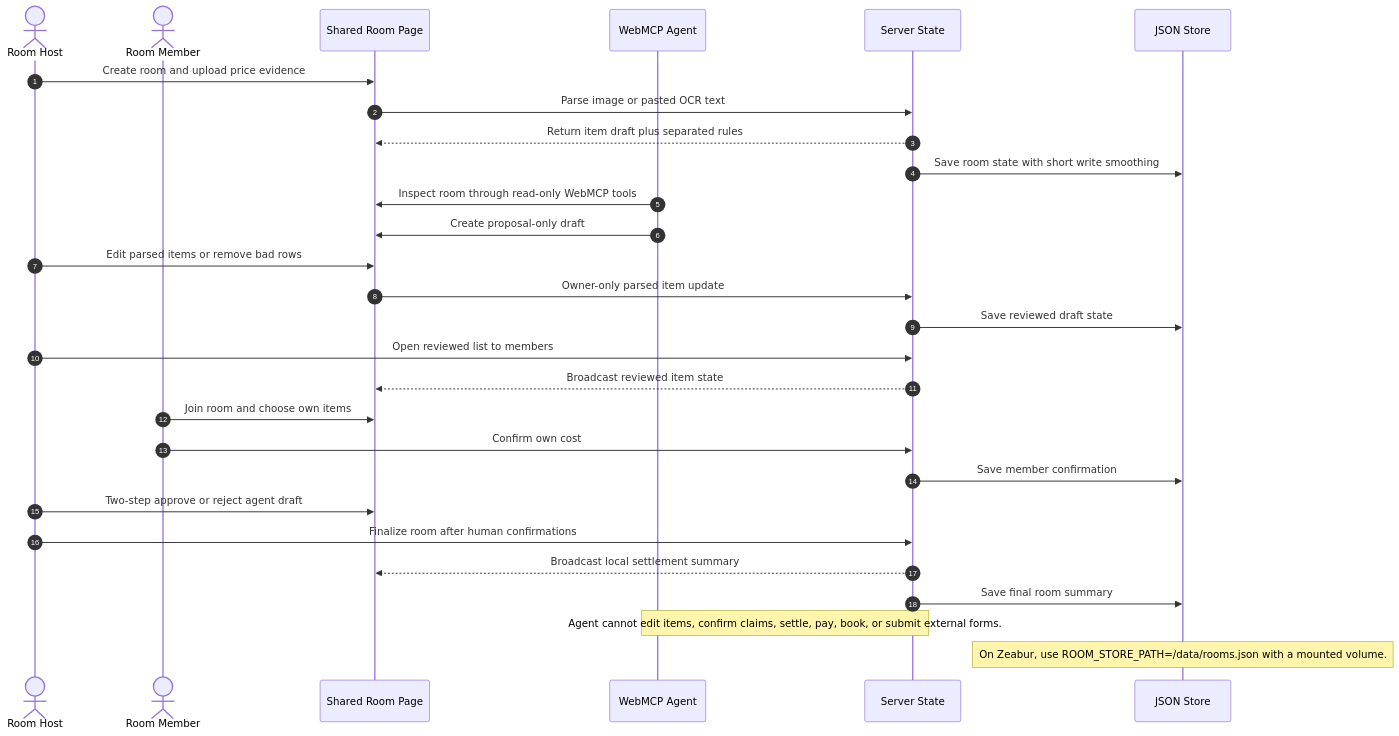
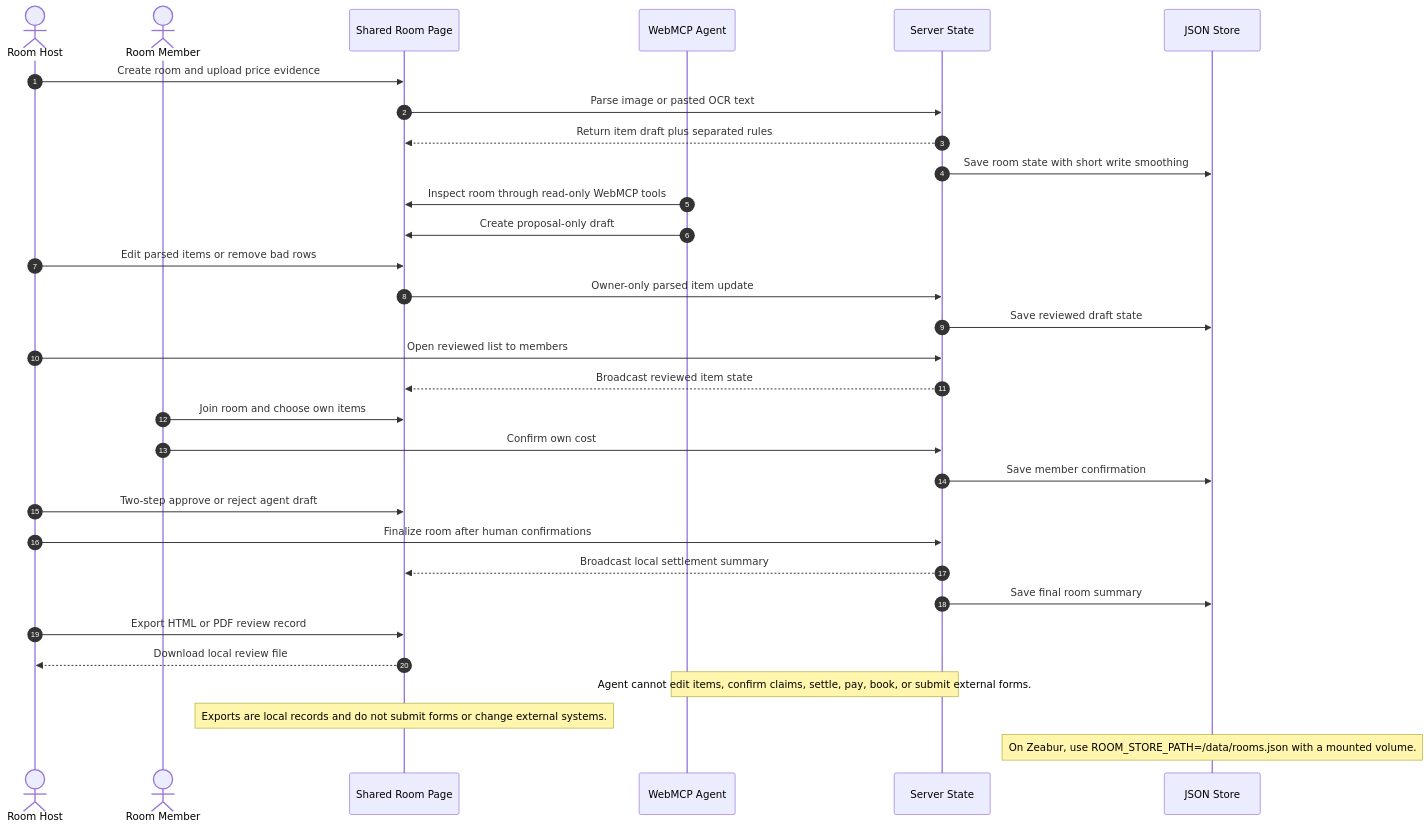
One commit to jiarong0423/shared-room-mcp changed the first of 7 diagrams in docs/ai-generated/2026Q3/shared_room_mermaid_module_design_20260831.md. Above: the diagram before and after it, drawn with Mermaid. The commit also changed other lines of this file and 4 other files, not shown here.

Commit message:
Align architecture and export readability evidence

````diff
--- a/docs/ai-generated/2026Q3/shared_room_mermaid_module_design_20260831.md
+++ b/docs/ai-generated/2026Q3/shared_room_mermaid_module_design_20260831.md
@@ -11,32 +11,35 @@
 ```mermaid
 sequenceDiagram
   autonumber
   actor Host as Room Host
   actor Member as Room Member
   participant Page as Shared Room Page
   participant Agent as WebMCP Agent
   participant Server as Server State
   participant Store as JSON Store
 
   Host->>Page: Create room and upload price evidence
   Page->>Server: Parse image or pasted OCR text
   Server-->>Page: Return item draft plus separated rules
   Server->>Store: Save room state with short write smoothing
   Agent->>Page: Inspect room through read-only WebMCP tools
   Agent->>Page: Create proposal-only draft
   Host->>Page: Edit parsed items or remove bad rows
   Page->>Server: Owner-only parsed item update
   Server->>Store: Save reviewed draft state
   Host->>Server: Open reviewed list to members
   Server-->>Page: Broadcast reviewed item state
   Member->>Page: Join room and choose own items
   Member->>Server: Confirm own cost
   Server->>Store: Save member confirmation
   Host->>Page: Two-step approve or reject agent draft
   Host->>Server: Finalize room after human confirmations
   Server-->>Page: Broadcast local settlement summary
   Server->>Store: Save final room summary
+  Host->>Page: Export HTML or PDF review record
+  Page-->>Host: Download local review file
 
   Note over Agent,Server: Agent cannot edit items, confirm claims, settle, pay, book, or submit external forms.
+  Note over Page: Exports are local records and do not submit forms or change external systems.
   Note over Store: On Zeabur, use ROOM_STORE_PATH=/data/rooms.json with a mounted volume.
 ```
````
